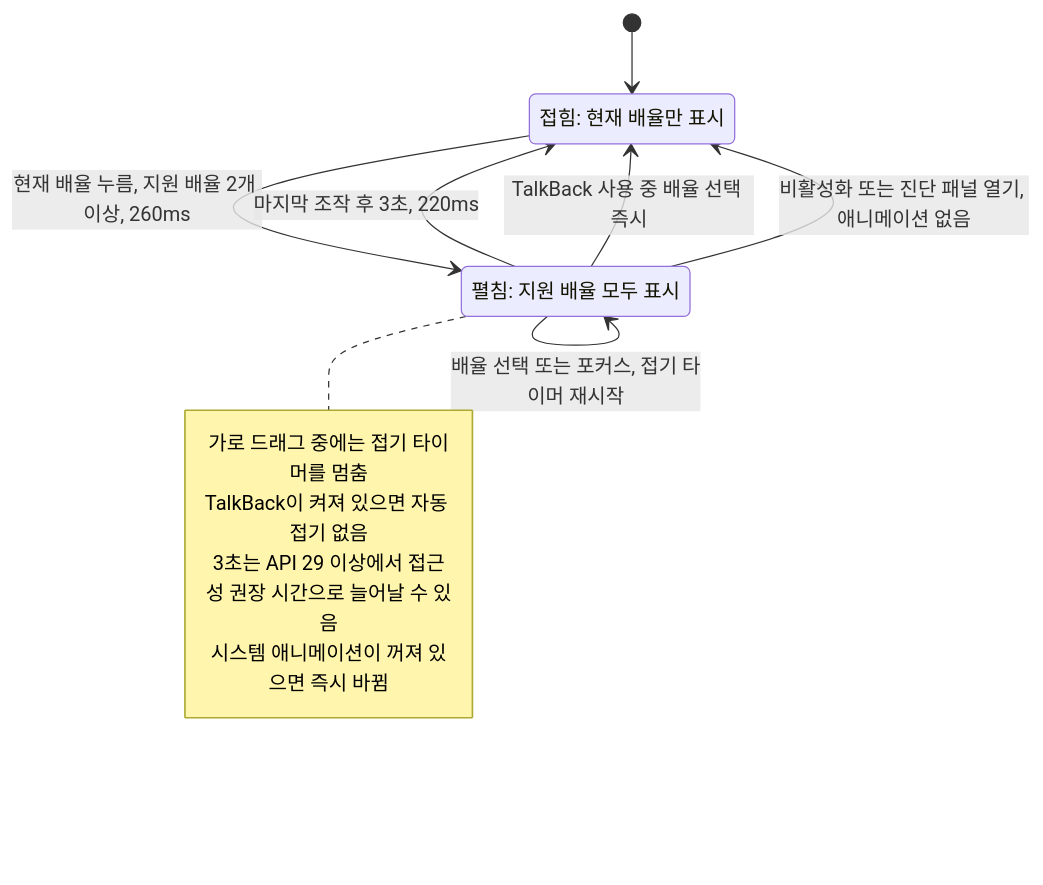
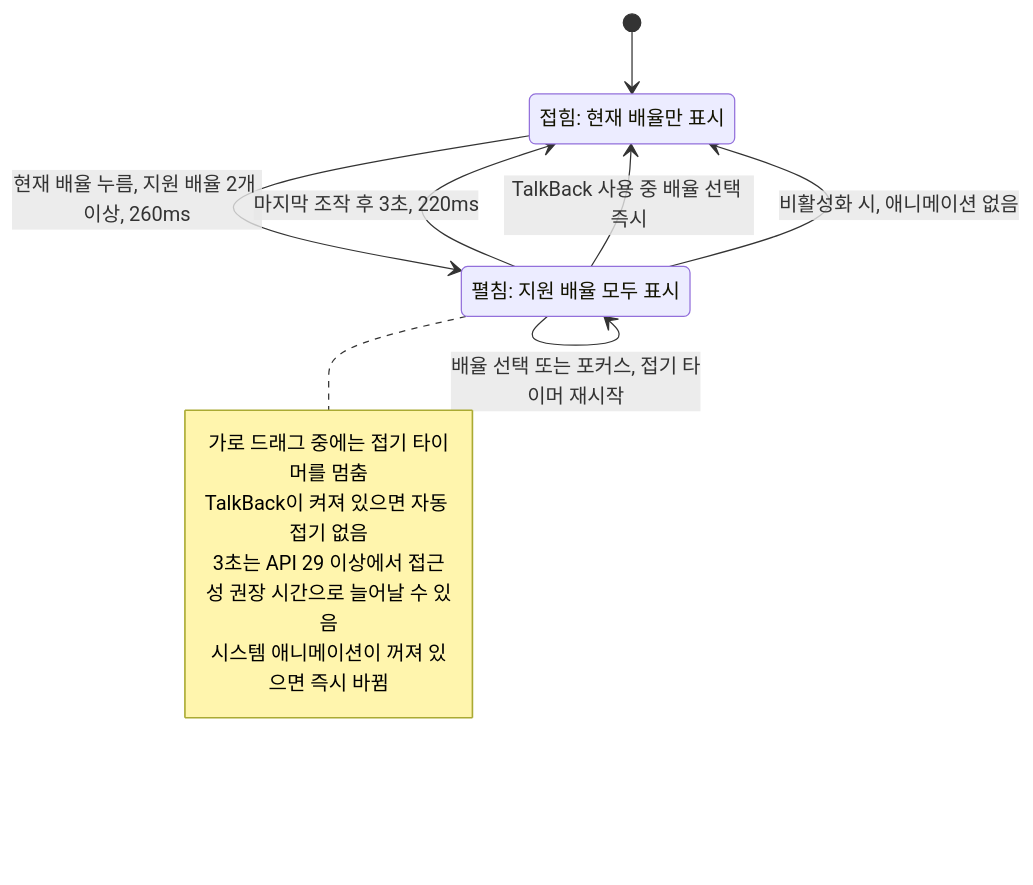
One commit to TTolsun/hal-camera changed the third of 3 diagrams in docs/design/APP-UI.md. Above: the diagram before and after it, drawn with Mermaid. The commit also changed other lines of this file and 73 other files, not shown here.

````diff
--- a/docs/design/APP-UI.md
+++ b/docs/design/APP-UI.md
@@ -160,17 +160,17 @@
 ```mermaid
 stateDiagram-v2
     state "접힘: 현재 배율만 표시" as Folded
     state "펼침: 지원 배율 모두 표시" as Open
     [*] --> Folded
     Folded --> Open : 현재 배율 누름, 지원 배율 2개 이상, 260ms
     Open --> Open : 배율 선택 또는 포커스, 접기 타이머 재시작
     Open --> Folded : 마지막 조작 후 3초, 220ms
     Open --> Folded : TalkBack 사용 중 배율 선택 즉시
-    Open --> Folded : 비활성화 또는 진단 패널 열기, 애니메이션 없음
+    Open --> Folded : 비활성화 시, 애니메이션 없음
     note right of Open
         가로 드래그 중에는 접기 타이머를 멈춤
         TalkBack이 켜져 있으면 자동 접기 없음
         3초는 API 29 이상에서 접근성 권장 시간으로 늘어날 수 있음
         시스템 애니메이션이 꺼져 있으면 즉시 바뀜
     end note
 ```
````
